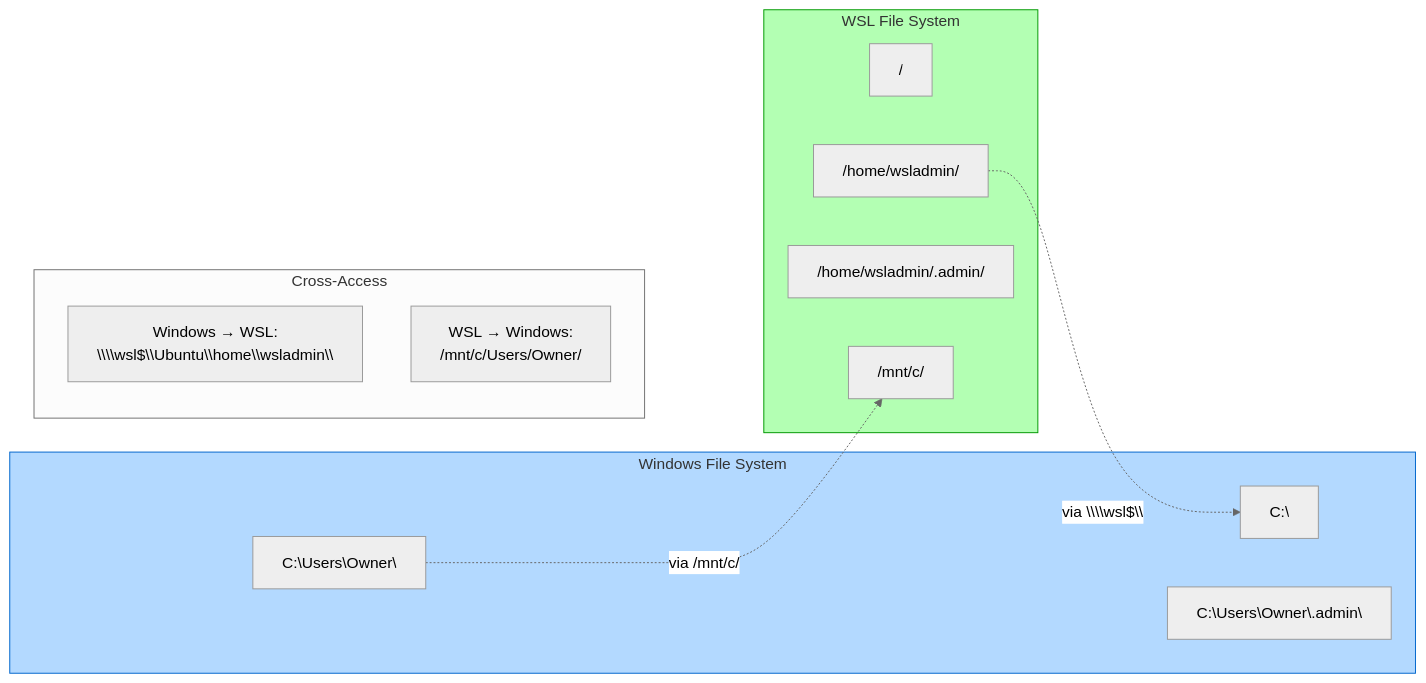
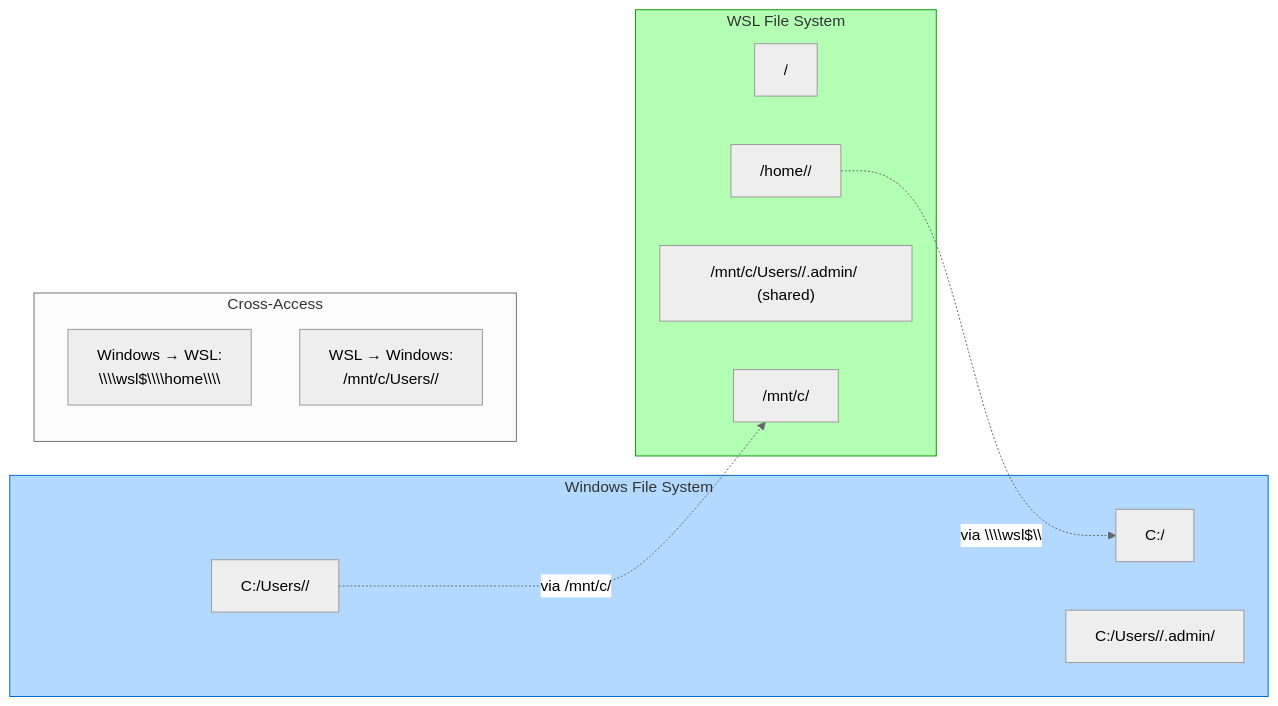
One commit to evolv3-ai/vibeskills changed the fifth of 7 diagrams in docs/admin-skills-windows-map.md. Above: the diagram before and after it, drawn with Mermaid (neutral theme). The commit also changed other lines of this file and 42 other files, not shown here.

````diff
--- a/docs/admin-skills-windows-map.md
+++ b/docs/admin-skills-windows-map.md
@@ -182,26 +187,26 @@
 ```mermaid
 flowchart LR
     subgraph Windows["Windows File System"]
-        W_ROOT["C:\"]
-        W_USERS["C:\Users\Owner\"]
-        W_ADMIN["C:\Users\Owner\.admin\"]
+        W_ROOT["C:/"]
+        W_USERS["C:/Users/<WIN_USER>/"]
+        W_ADMIN["C:/Users/<WIN_USER>/.admin/"]
     end
 
     subgraph WSL["WSL File System"]
         L_ROOT["/"]
-        L_HOME["/home/wsladmin/"]
-        L_ADMIN["/home/wsladmin/.admin/"]
+        L_HOME["/home/<ADMIN_USER>/"]
+        L_ADMIN["/mnt/c/Users/<WIN_USER>/.admin/ (shared)"]
         L_MNT["/mnt/c/"]
     end
 
     subgraph Access["Cross-Access"]
-        WIN_TO_WSL["Windows → WSL:<br>\\\\wsl$\\Ubuntu\\home\\wsladmin\\"]
-        WSL_TO_WIN["WSL → Windows:<br>/mnt/c/Users/Owner/"]
+        WIN_TO_WSL["Windows → WSL:<br>\\\\wsl$\\<WSL_DISTRO>\\home\\<ADMIN_USER>\\"]
+        WSL_TO_WIN["WSL → Windows:<br>/mnt/c/Users/<WIN_USER>/"]
     end
 
     W_USERS -.->|"via /mnt/c/"| L_MNT
     L_HOME -.->|"via \\\\wsl$\\"| W_ROOT
 
     style Windows fill:#b3d9ff,stroke:#0066cc
     style WSL fill:#b3ffb3,stroke:#009900
 ```
````
